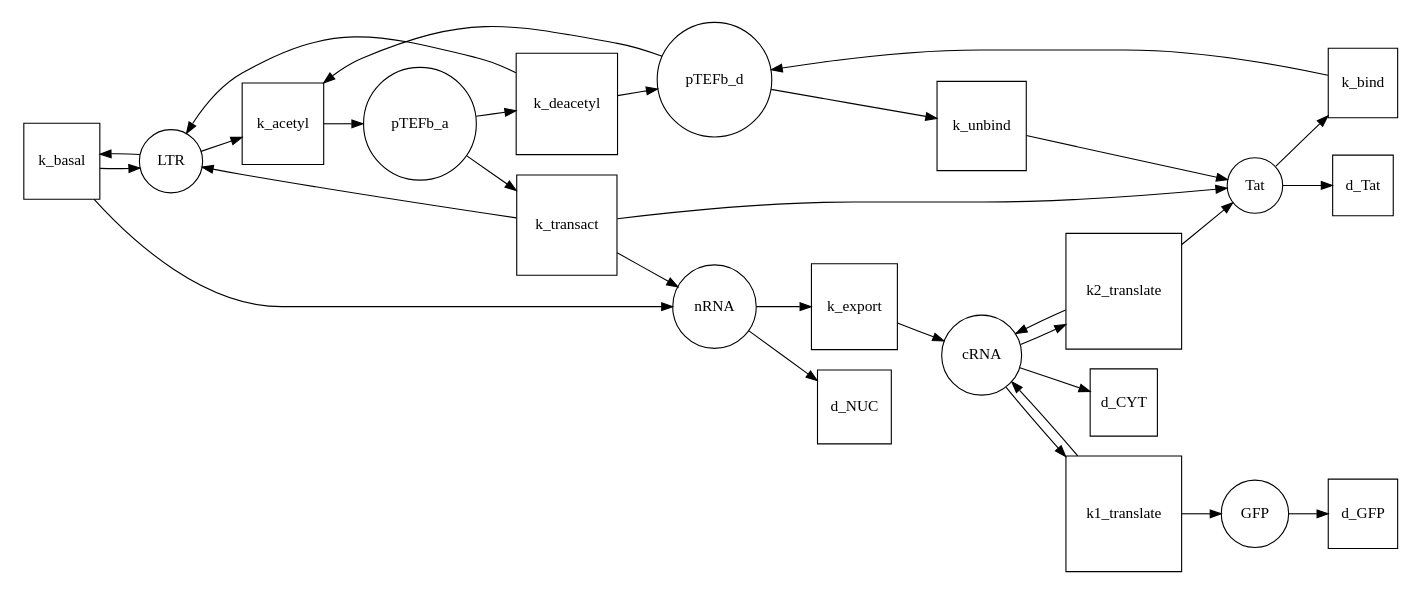
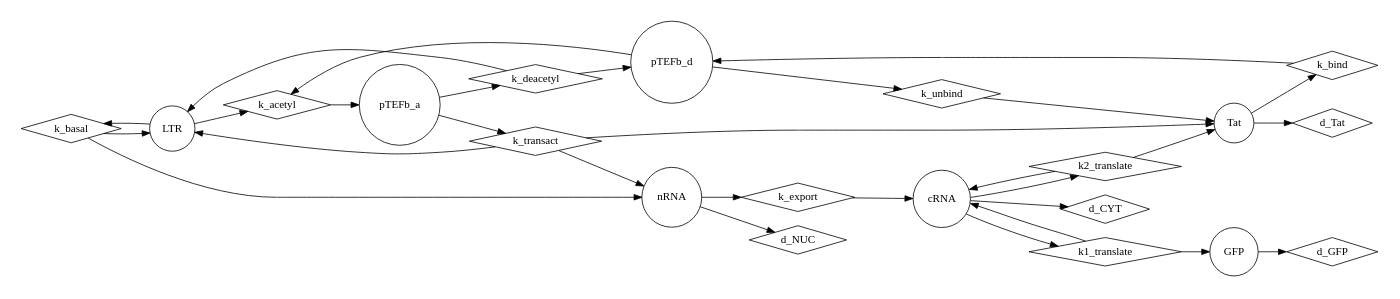
One commit to GaloisInc/AMIDOL changed the diagram in docs/Tat_Model/TatModel.gv. Above: the diagram before and after it, drawn with Graphviz. The commit also changed 14 other files, not shown here.

```diff
--- a/docs/Tat_Model/TatModel.gv
+++ b/docs/Tat_Model/TatModel.gv
@@ -1,35 +1,35 @@
 digraph Tat_model {
 	rankdir = LR;
 	size = "8,5"
-	node [shape = square] k_basal, k_export, k1_translate, k2_translate, k_bind, k_unbind, k_acetyl, k_deacetyl, k_transact, d_GFP, d_Tat, d_CYT, d_NUC;
+	node [shape = diamond] k_basal, k_export, k1_translate, k2_translate, k_bind, k_unbind, k_acetyl, k_deacetyl, k_transact, d_GFP, d_Tat, d_CYT, d_NUC;
 	node [shape = circle];
 	LTR -> k_basal;
 	k_basal -> LTR;
 	k_basal -> nRNA;
 	nRNA -> k_export;
 	k_export -> cRNA;
 	cRNA -> k1_translate;
 	k1_translate -> GFP;
 	k1_translate -> cRNA;
 	cRNA -> k2_translate;
 	k2_translate -> Tat;
 	k2_translate -> cRNA;
 	Tat -> k_bind;
 	k_bind -> pTEFb_d;
 	pTEFb_d -> k_unbind;
 	k_unbind -> Tat;
 	LTR -> k_acetyl;
 	pTEFb_d -> k_acetyl;
 	k_acetyl -> pTEFb_a;
 	pTEFb_a -> k_deacetyl;
 	k_deacetyl -> LTR;
 	k_deacetyl -> pTEFb_d;
 	pTEFb_a -> k_transact;
 	k_transact -> LTR;
 	k_transact -> nRNA;
 	k_transact -> Tat;
 	GFP -> d_GFP;
 	Tat -> d_Tat;
 	cRNA -> d_CYT;
 	nRNA -> d_NUC;
 }
```
